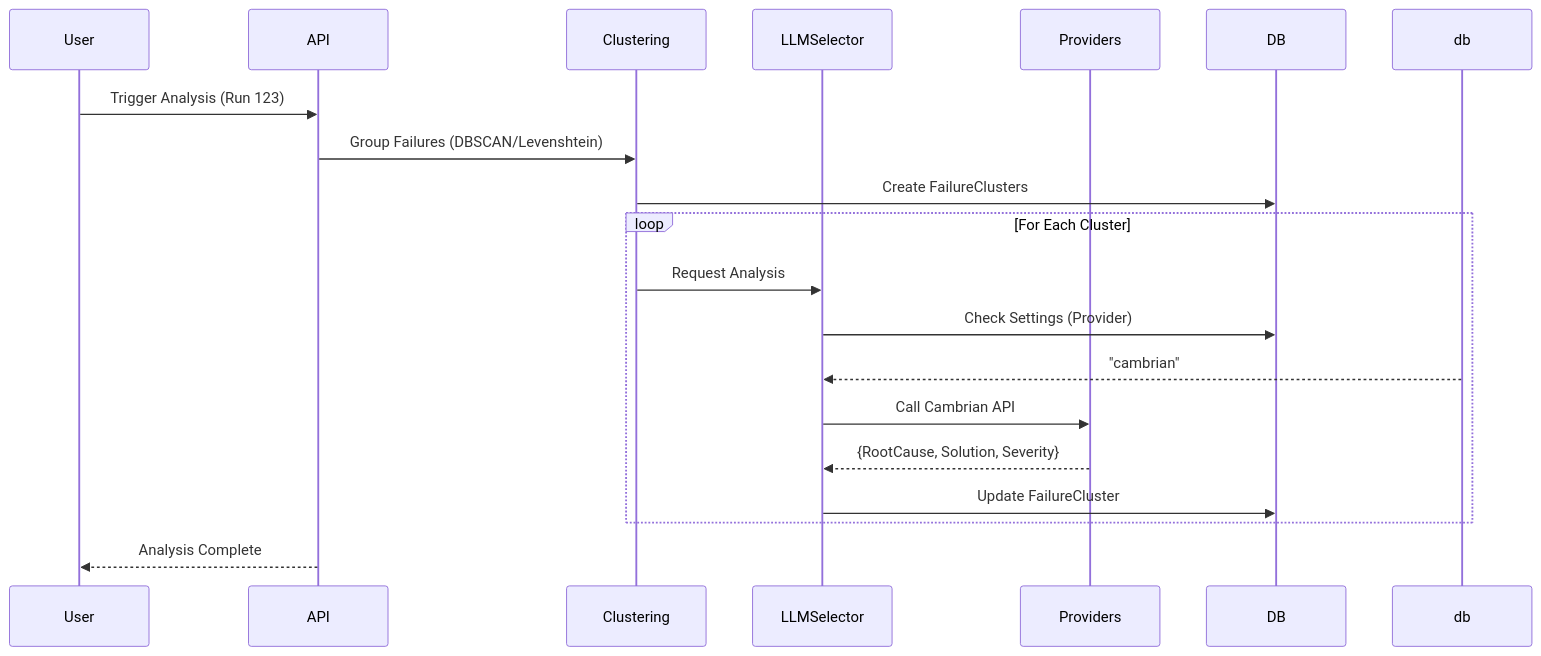
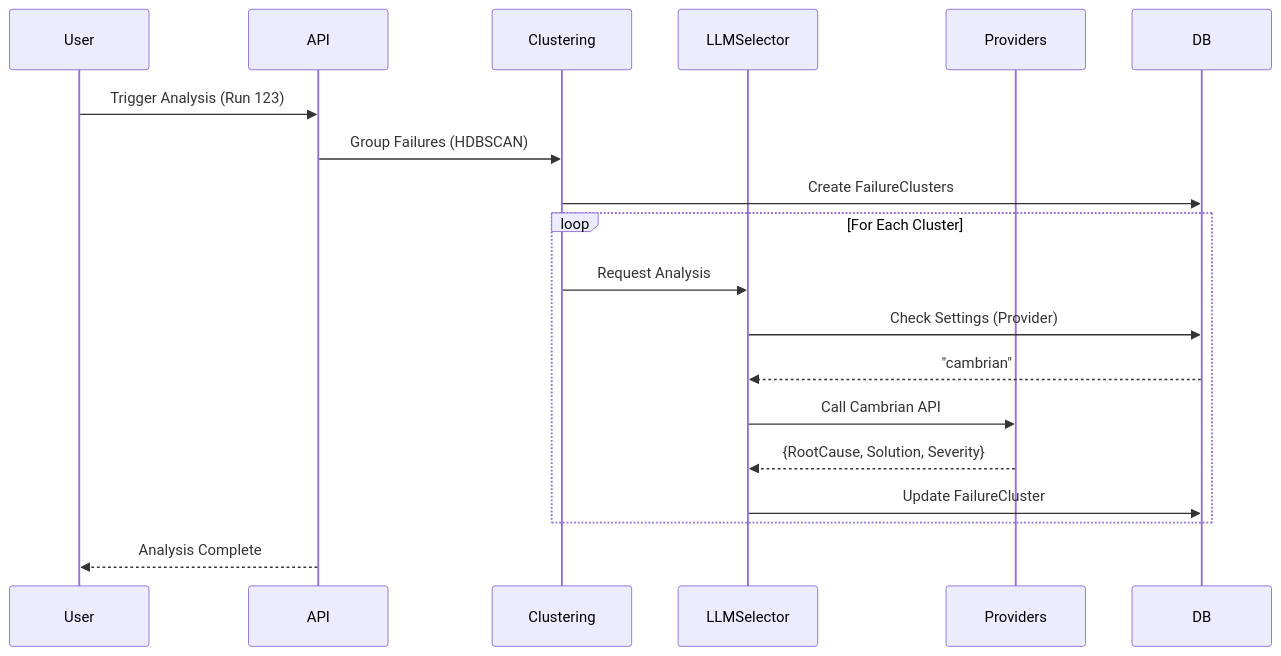
The fifth of 6 diagrams in docs/ARCHITECTURE.md (seen0722/GMS-helper), drawn with Mermaid before and after one commit. The commit also changed other lines of this file and 24 other files, not shown here.

````diff
--- a/docs/ARCHITECTURE.md
+++ b/docs/ARCHITECTURE.md
@@ -160,25 +243,25 @@
 ```mermaid
 sequenceDiagram
     participant User
     participant API
     participant Clustering
     participant LLMSelector
     participant Providers
     participant DB
 
     User->>API: Trigger Analysis (Run 123)
-    API->>Clustering: Group Failures (DBSCAN/Levenshtein)
+    API->>Clustering: Group Failures (HDBSCAN)
     Clustering->>DB: Create FailureClusters
     
     loop For Each Cluster
         Clustering->>LLMSelector: Request Analysis
         LLMSelector->>DB: Check Settings (Provider)
-        db-->>LLMSelector: "cambrian"
+        DB-->>LLMSelector: "cambrian"
         
         LLMSelector->>Providers: Call Cambrian API
         Providers-->>LLMSelector: {RootCause, Solution, Severity}
         LLMSelector->>DB: Update FailureCluster
     end
     
     API-->>User: Analysis Complete
 ```
````
